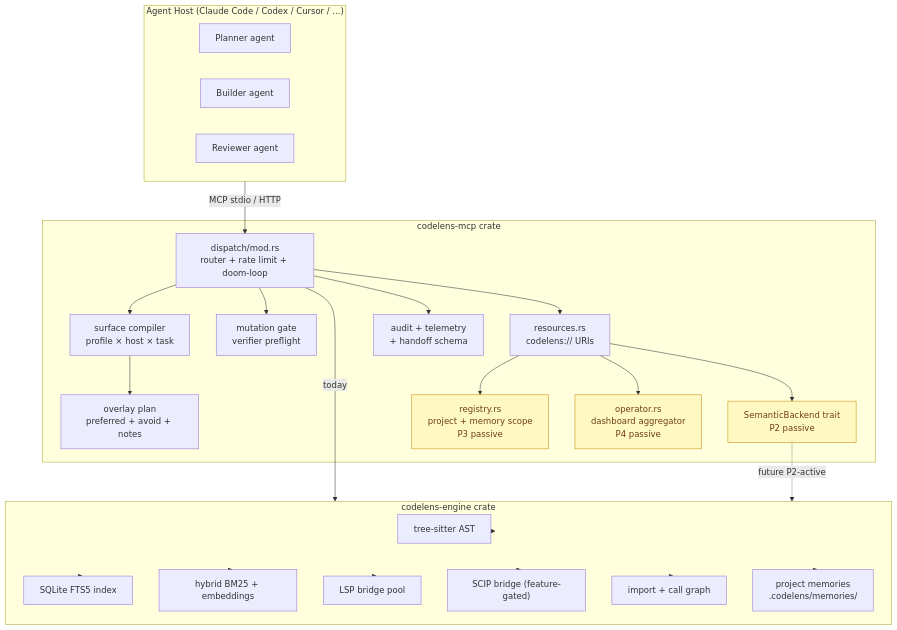
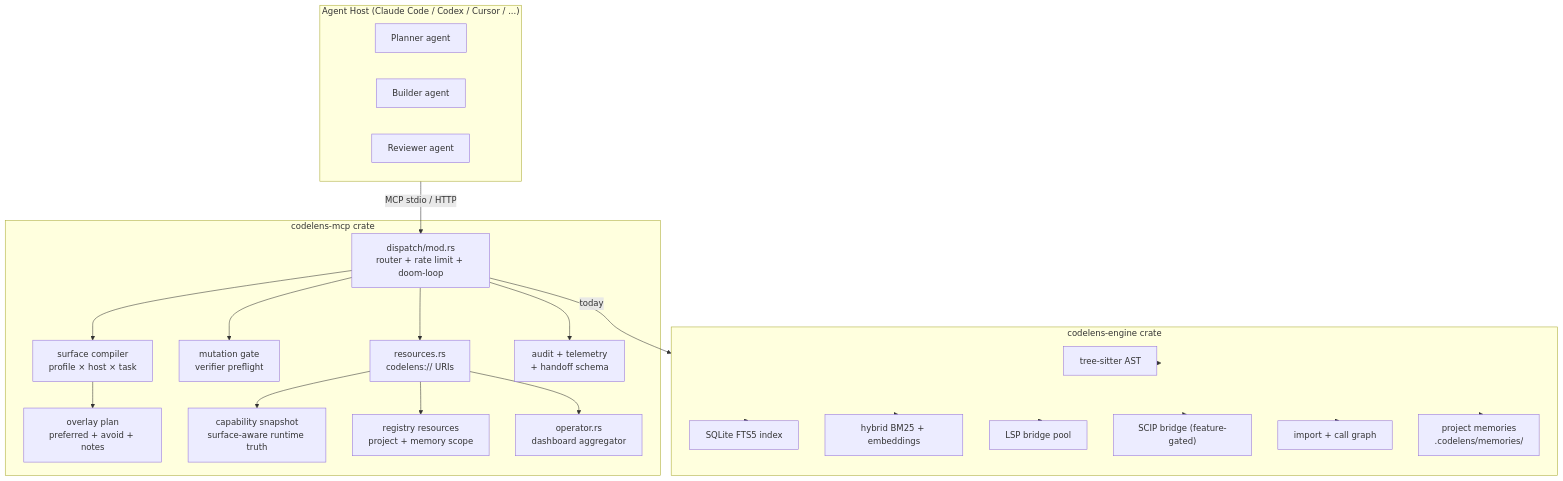
The diagram in docs/architecture-synthesis-2026-04-19.md (mupozg823/codelens-mcp-plugin), drawn with Mermaid before and after one commit. The commit also changed other lines of this file and 198 other files, not shown here.

````diff
--- a/docs/architecture-synthesis-2026-04-19.md
+++ b/docs/architecture-synthesis-2026-04-19.md
@@ -225,54 +225,51 @@
 ```mermaid
 graph TB
   subgraph Host["Agent Host (Claude Code / Codex / Cursor / ...)"]
     Planner[Planner agent]
     Builder[Builder agent]
     Reviewer[Reviewer agent]
   end
 
   subgraph MCP["codelens-mcp crate"]
     Dispatch[dispatch/mod.rs<br/>router + rate limit + doom-loop]
     Surface[surface compiler<br/>profile × host × task]
     Overlay[overlay plan<br/>preferred + avoid + notes]
     Mutation[mutation gate<br/>verifier preflight]
     Resources[resources.rs<br/>codelens:// URIs]
     Audit[audit + telemetry<br/>+ handoff schema]
-    Backend[SemanticBackend trait<br/>P2 passive]
-    Registry[registry.rs<br/>project + memory scope<br/>P3 passive]
-    Operator[operator.rs<br/>dashboard aggregator<br/>P4 passive]
+    Capabilities[capability snapshot<br/>surface-aware runtime truth]
+    Registry[registry resources<br/>project + memory scope]
+    Operator[operator.rs<br/>dashboard aggregator]
   end
 
   subgraph Engine["codelens-engine crate"]
     TS[tree-sitter AST]
     FTS[SQLite FTS5 index]
     Embed[hybrid BM25 + embeddings]
     LSP[LSP bridge pool]
     SCIP["SCIP bridge (feature-gated)"]
     Graph[import + call graph]
     Memory[project memories<br/>.codelens/memories/]
   end
 
   Host -->|MCP stdio / HTTP| Dispatch
   Dispatch --> Mutation
   Dispatch --> Surface
   Surface --> Overlay
   Dispatch --> Resources
   Resources --> Operator
   Resources --> Registry
-  Resources --> Backend
+  Resources --> Capabilities
   Dispatch --> Audit
 
   Dispatch -->|today| Engine
-  Backend -.->|future P2-active| Engine
 
   Engine --> TS
   Engine --> FTS
   Engine --> Embed
   Engine --> LSP
   Engine --> SCIP
   Engine --> Graph
   Engine --> Memory
 
-  classDef pending fill:#fef9c3,stroke:#ca8a04,color:#713f12;
-  class Backend,Registry,Operator pending;
 ```
````
